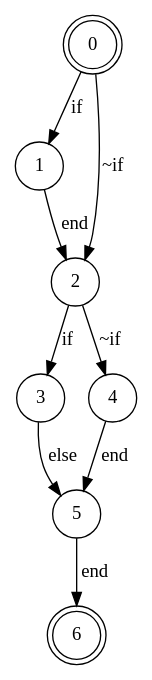
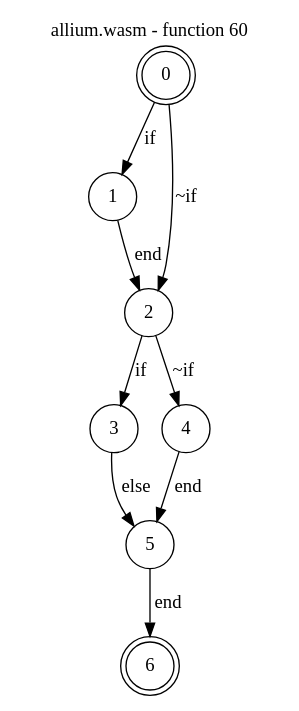
One commit to jsCarleton/wanalyze changed the diagram in test_cases/allium/funcs/allium-func60.dot. Above: the diagram before and after it, drawn with Graphviz. The commit also changed 2386 other files, not shown here.

```diff
--- a/test_cases/allium/funcs/allium-func60.dot
+++ b/test_cases/allium/funcs/allium-func60.dot
@@ -1,12 +1,17 @@
 digraph finite_state_machine {
+    label = "allium.wasm - function 60"
+    labelloc =  t
+    labelfontsize = 16
+    labelfontcolor = black
+    labelfontname = "Helvetica"
     node [shape = doublecircle]; 0 6;
     node [shape = circle];
     0 -> 1[label = "if"];
     0 -> 2[label = "~if"];
     1 -> 2[label = "end"];
     2 -> 3[label = "if"];
     2 -> 4[label = "~if"];
     3 -> 5[label = "else"];
     4 -> 5[label = "end"];
     5 -> 6[label = "end"];
 }
```
